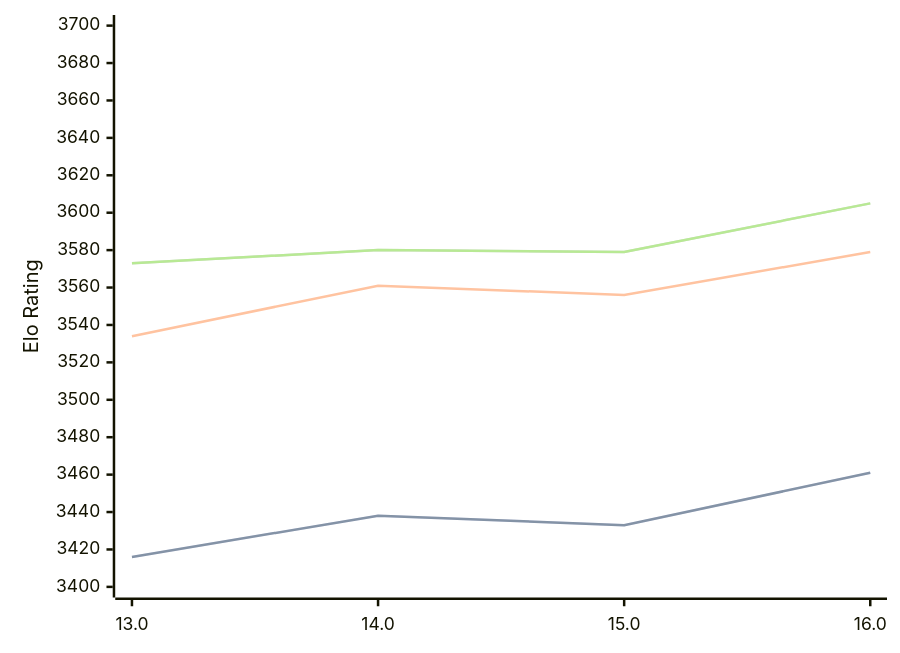
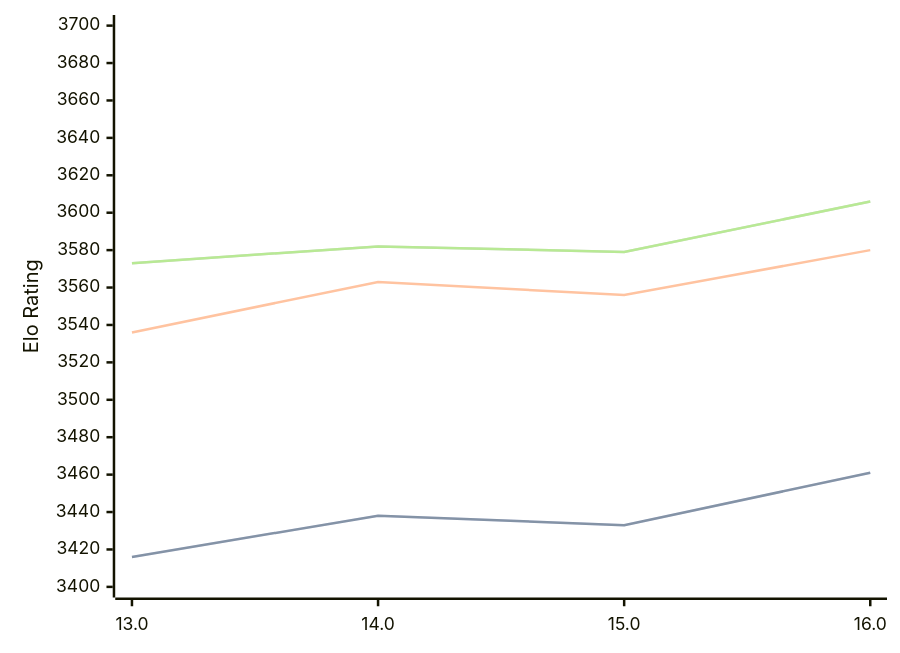
The diagram in engines/Obsidian.md (computer-chess-index/cci), drawn with Mermaid before and after one commit. The commit also changed other lines of this file, not shown here.

Commit message:
Update CCI Ratings (ELO VLTC) - 2026-04-03

````diff
--- a/engines/Obsidian.md
+++ b/engines/Obsidian.md
@@ -43,11 +43,11 @@
 ```mermaid
 %%{init: {"theme":"base","themeVariables":{"seriesColors:['#a3a3a3','#222221','#faa371']}}}%%
 xychart-beta
   x-axis ["13.0", "14.0", "15.0", "16.0"]
   y-axis "Elo Rating" 3400 --> 3700
   line "STC (8.0+0.08s)" [3416, 3438, 3433, 3461]
   line "STC (8.0+0.08s)" [3416, 3438, 3433, 3461]
-  line "LTC (60.0+0.60s)" [3534, 3561, 3556, 3579]
-  line "VLTC (2m24s+1.12s)" [3573, 3580, 3579, 3605]
-  line "VLTC (2m24s+1.12s)" [3573, 3580, 3579, 3605]
+  line "LTC (60.0+0.60s)" [3536, 3563, 3556, 3580]
+  line "VLTC (2m24s+1.12s)" [3573, 3582, 3579, 3606]
+  line "VLTC (2m24s+1.12s)" [3573, 3582, 3579, 3606]
 ```
````
